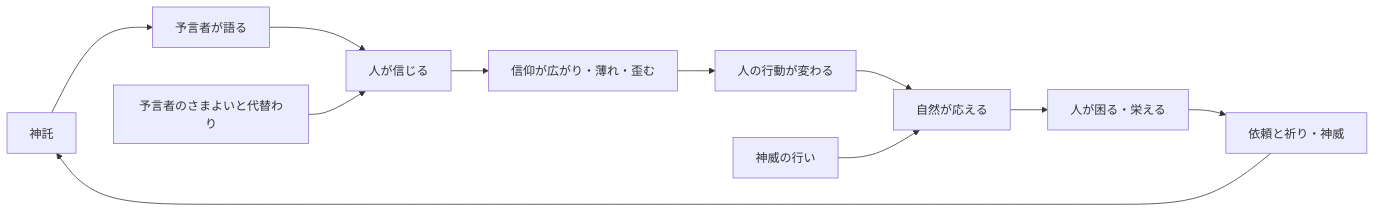
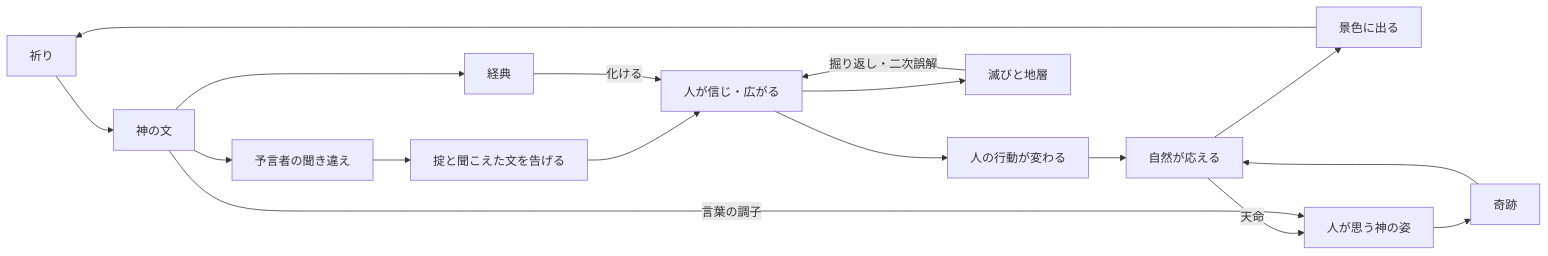
The diagram in docs/domain/core-loop.md (Vouivret/TheogonyX), drawn with Mermaid before and after one commit. The commit also changed other lines of this file and 6 other files, not shown here.

````diff
--- a/docs/domain/core-loop.md
+++ b/docs/domain/core-loop.md
@@ -39,13 +47,19 @@
 ```mermaid
 flowchart LR
-    A[神託] --> B[予言者が語る]
-    B --> C[人が信じる]
-    C --> D[信仰が広がり・薄れ・歪む]
-    D --> E[人の行動が変わる]
+    P[祈り] --> A[神の文]
+    A --> B[予言者の聞き違え]
+    B --> T[掟と聞こえた文を告げる]
+    T --> C[人が信じ・広がる]
+    C --> E[人の行動が変わる]
     E --> F[自然が応える]
-    F --> G[人が困る・栄える]
-    G --> H[依頼と祈り・神威]
-    H --> A
-    I[神威の行い] --> F
-    J[予言者のさまよいと代替わり] --> C
+    F --> V[景色に出る]
+    V --> P
+    F -->|天命| G[人が思う神の姿]
+    A -->|言葉の調子| G
+    G --> M[奇跡]
+    M --> F
+    A --> S[経典]
+    S -->|化ける| C
+    C --> X[滅びと地層]
+    X -->|掘り返し・二次誤解| C
 ```
````
